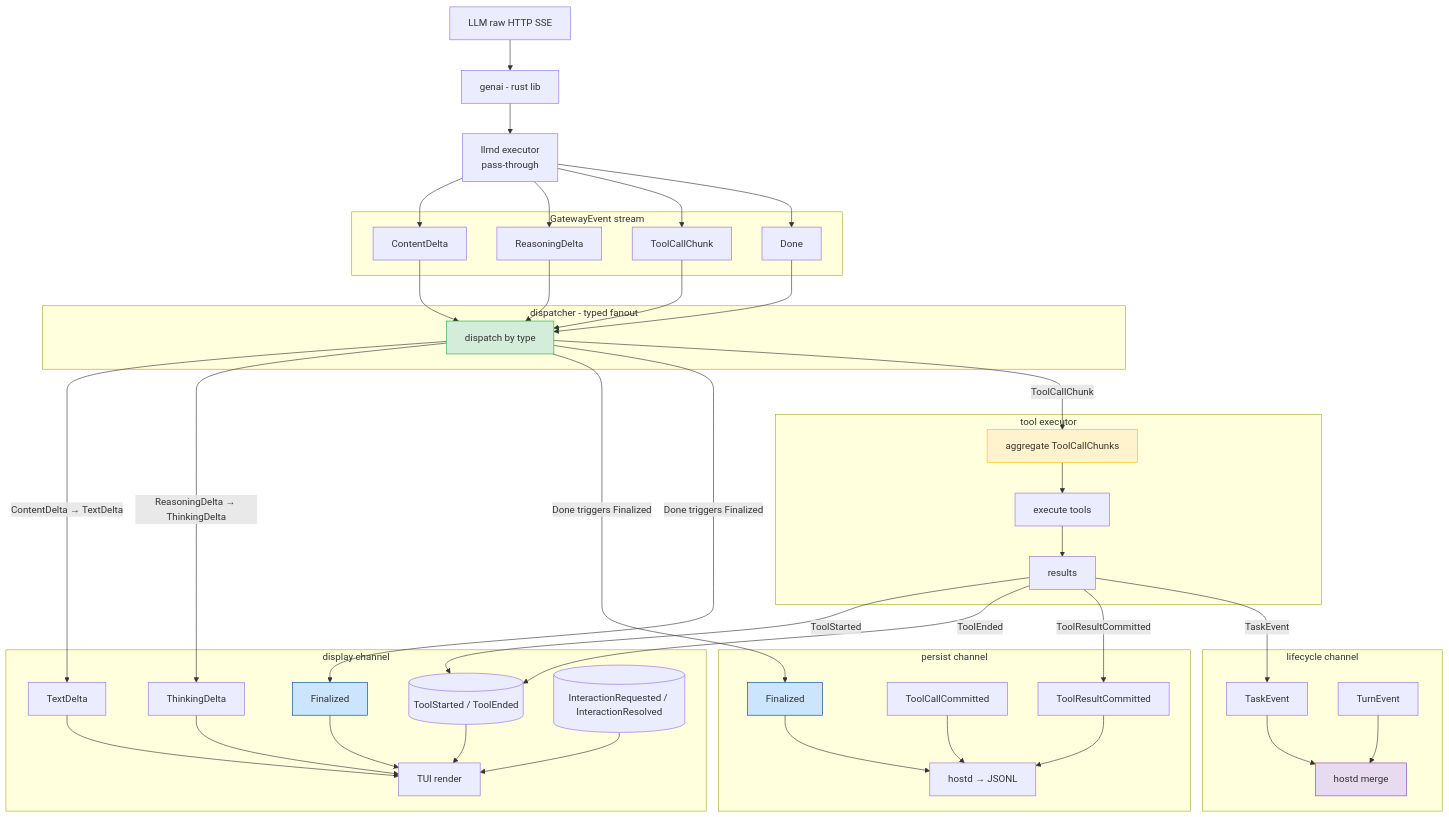
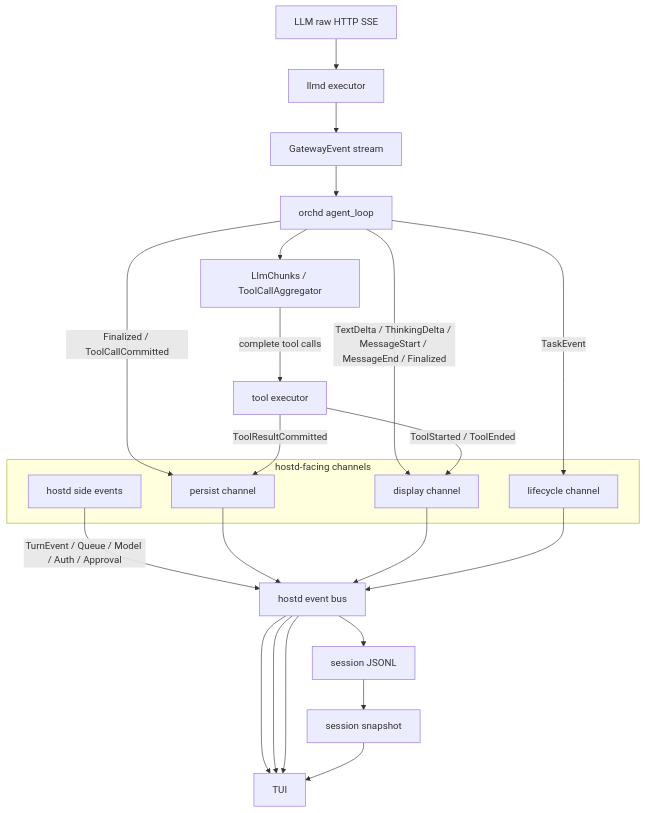
One commit to biuld/piko changed the first of 2 diagrams in docs/stream-architecture.md. Above: the diagram before and after it, drawn with Mermaid. The commit also changed other lines of this file and 29 other files, not shown here.

First line of the commit message:
feat: per-task agent view replay, async dispatch, and task-id tracking

````diff
--- a/docs/stream-architecture.md
+++ b/docs/stream-architecture.md
@@ -24,73 +20,38 @@
 ```mermaid
 graph TD
   LLM[LLM raw HTTP SSE]
-  GENAI[genai - rust lib]
-  LLMD[llmd executor<br/>pass-through]
+  LLMD[llmd executor]
+  GW[GatewayEvent stream]
+  LOOP[orchd agent_loop]
+  CHUNKS[LlmChunks / ToolCallAggregator]
+  EXEC[tool executor]
 
-  subgraph GW[GatewayEvent stream]
-    GW_T[ContentDelta]
-    GW_TH[ReasoningDelta]
-    GW_TC[ToolCallChunk]
-    GW_D[Done]
+  subgraph CHANNELS[hostd-facing channels]
+    PERSIST[persist channel]
+    DISPLAY[display channel]
+    LIFECYCLE[lifecycle channel]
+    SIDE[hostd side events]
   end
 
-  subgraph DISP[dispatcher - typed fanout]
-    DISP_CORE[dispatch by type]
-  end
+  HOSTD[hostd event bus]
+  JSONL[session JSONL]
+  SNAPSHOT[session snapshot]
+  TUI[TUI]
 
-  subgraph PERSIST[persist channel]
-    P_FINAL[Finalized]
-    P_TCC[ToolCallCommitted]
-    P_TCR[ToolResultCommitted]
-    P_HOST[hostd → JSONL]
-  end
+  LLM --> LLMD --> GW --> LOOP
+  LOOP --> CHUNKS
+  CHUNKS -->|complete tool calls| EXEC
 
-  subgraph DISPLAY[display channel]
-    D_TEXT[TextDelta]
-    D_THINK[ThinkingDelta]
-    D_FINAL[Finalized]
-    D_TOOL[(ToolStarted / ToolEnded)]
-    D_INT[(InteractionRequested / InteractionResolved)]
-    D_TUI[TUI render]
-  end
+  LOOP -->|Finalized / ToolCallCommitted| PERSIST
+  EXEC -->|ToolResultCommitted| PERSIST
+  LOOP -->|TextDelta / ThinkingDelta / MessageStart / MessageEnd / Finalized| DISPLAY
+  EXEC -->|ToolStarted / ToolEnded| DISPLAY
+  LOOP -->|TaskEvent| LIFECYCLE
+  SIDE -->|TurnEvent / Queue / Model / Auth / Approval| HOSTD
 
-  subgraph LIFECYCLE[lifecycle channel]
-    L_TASK[TaskEvent]
-    L_TURN[TurnEvent]
-    L_HOST[hostd merge]
-  end
-
-  subgraph EXEC[tool executor]
-    EXEC_AGG[aggregate ToolCallChunks]
-    EXEC_RUN[execute tools]
-    EXEC_RESULT[results]
-  end
-
-  LLM --> GENAI --> LLMD
-  LLMD --> GW_T & GW_TH & GW_TC & GW_D
-  GW_T & GW_TH & GW_TC & GW_D --> DISP_CORE
-
-  DISP_CORE -->|ContentDelta → TextDelta| D_TEXT
-  DISP_CORE -->|ReasoningDelta → ThinkingDelta| D_THINK
-  DISP_CORE -->|Done triggers Finalized| P_FINAL
-  DISP_CORE -->|Done triggers Finalized| D_FINAL
-  DISP_CORE -->|ToolCallChunk| EXEC_AGG
-
-  D_TEXT & D_THINK & D_FINAL & D_TOOL & D_INT --> D_TUI
-  L_TASK & L_TURN --> L_HOST
-
-  P_FINAL & P_TCC & P_TCR --> P_HOST
-
-  EXEC_AGG --> EXEC_RUN
-  EXEC_RUN --> EXEC_RESULT
-  EXEC_RESULT -->|ToolStarted| D_TOOL
-  EXEC_RESULT -->|ToolEnded| D_TOOL
-  EXEC_RESULT -->|ToolResultCommitted| P_TCR
-  EXEC_RESULT -->|TaskEvent| L_TASK
-
-  style DISP_CORE fill:#d4edda,stroke:#28a745
-  style EXEC_AGG fill:#fff3cd,stroke:#ffc107
-  style P_FINAL fill:#cce5ff,stroke:#004085
-  style D_FINAL fill:#cce5ff,stroke:#004085
-  style L_HOST fill:#e8daef,stroke:#8e44ad
+  PERSIST --> HOSTD --> JSONL
+  DISPLAY --> HOSTD --> TUI
+  LIFECYCLE --> HOSTD --> TUI
+  HOSTD --> TUI
+  JSONL --> SNAPSHOT --> TUI
 ```
````
